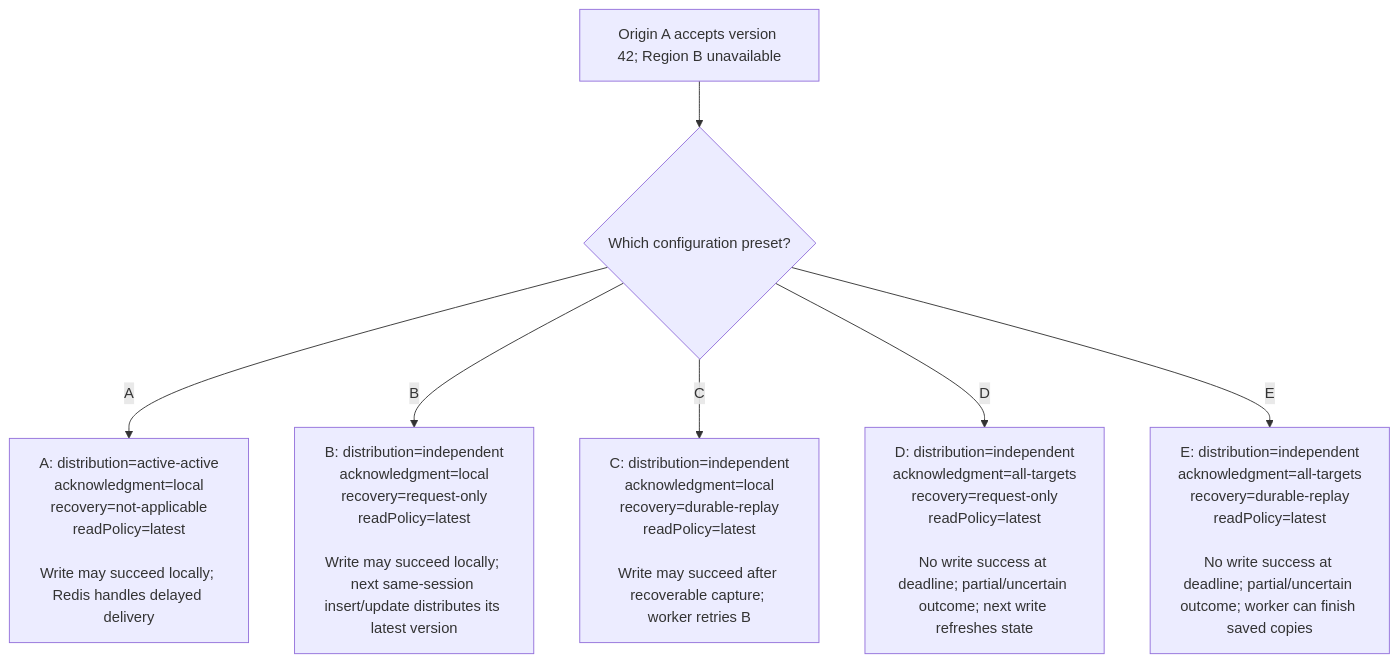
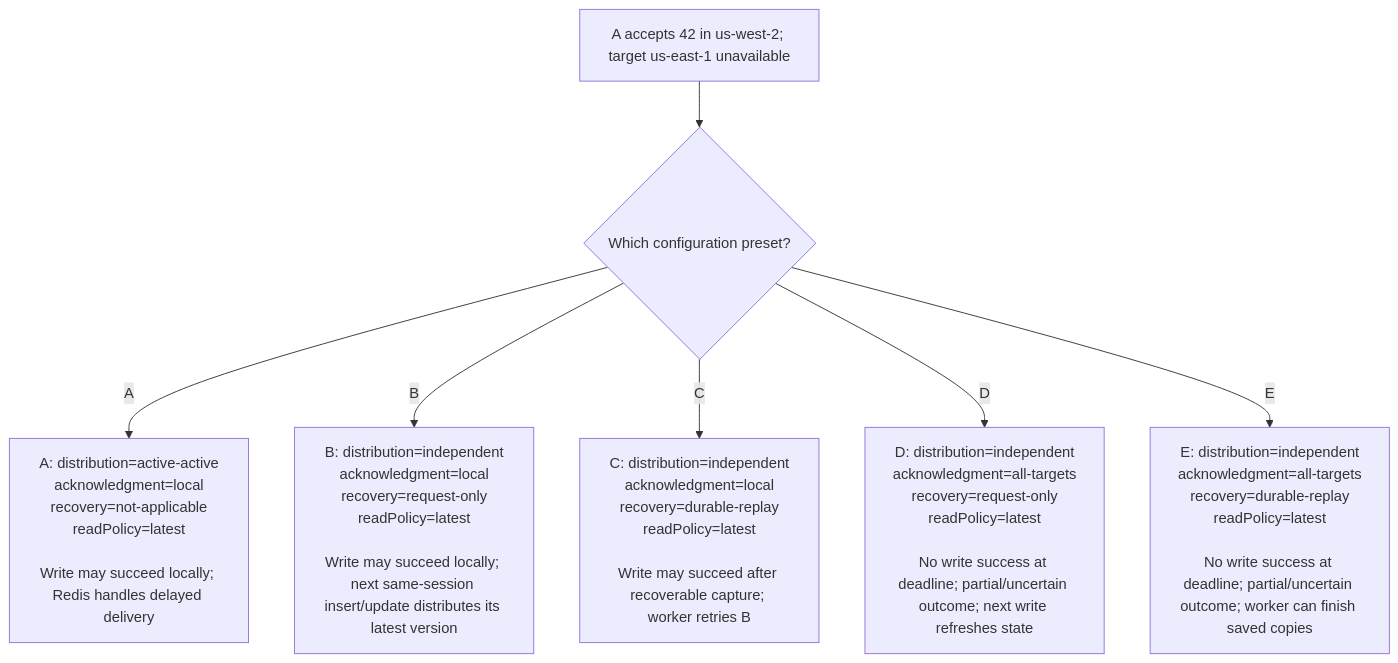
Before and after one commit to alberttwong/redis-multi-region-adapter: the third of 5 diagrams in decisions.md, drawn with Mermaid. The commit also changed other lines of this file and 12 other files, not shown here.

````diff
--- a/decisions.md
+++ b/decisions.md
@@ -65,9 +65,9 @@
 ```mermaid
 flowchart TD
-    Write["Origin A accepts version 42; Region B unavailable"] --> Preset{"Which configuration preset?"}
+    Write["A accepts 42 in us-west-2; target us-east-1 unavailable"] --> Preset{"Which configuration preset?"}
     Preset -->|A| A["A: distribution=active-active<br/>acknowledgment=local<br/>recovery=not-applicable<br/>readPolicy=latest<br/><br/>Write may succeed locally; Redis handles delayed delivery"]
     Preset -->|B| B["B: distribution=independent<br/>acknowledgment=local<br/>recovery=request-only<br/>readPolicy=latest<br/><br/>Write may succeed locally; next same-session insert/update distributes its latest version"]
     Preset -->|C| C["C: distribution=independent<br/>acknowledgment=local<br/>recovery=durable-replay<br/>readPolicy=latest<br/><br/>Write may succeed after recoverable capture; worker retries B"]
     Preset -->|D| D["D: distribution=independent<br/>acknowledgment=all-targets<br/>recovery=request-only<br/>readPolicy=latest<br/><br/>No write success at deadline; partial/uncertain outcome; next write refreshes state"]
     Preset -->|E| E["E: distribution=independent<br/>acknowledgment=all-targets<br/>recovery=durable-replay<br/>readPolicy=latest<br/><br/>No write success at deadline; partial/uncertain outcome; worker can finish saved copies"]
 ```
````
